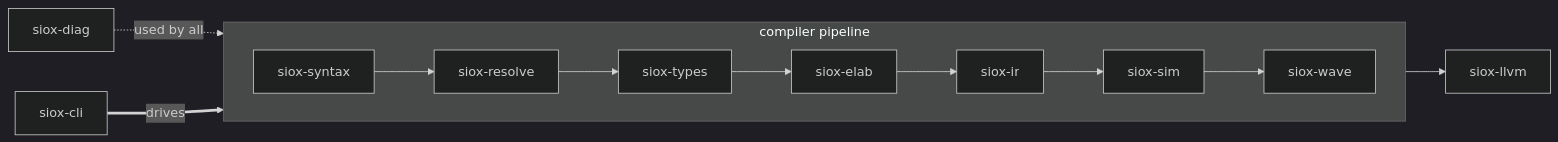
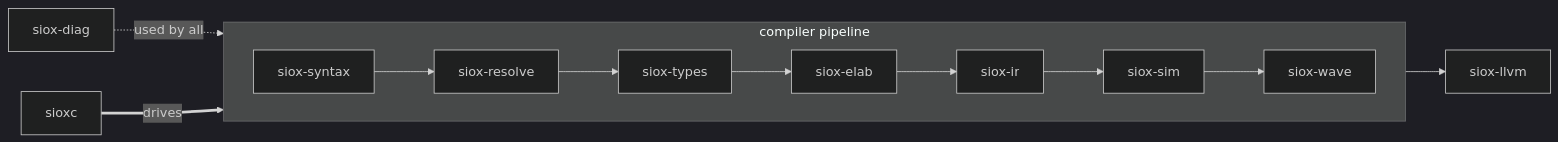
Before and after one commit to Siox-lang/sioxc: the first of 2 diagrams in docs/architecture.md, drawn with Mermaid (dark theme). The commit also changed other lines of this file and 8 other files, not shown here.

````diff
--- a/docs/architecture.md
+++ b/docs/architecture.md
@@ -8,10 +8,10 @@
 ```mermaid
 flowchart LR
     subgraph pipeline [compiler pipeline]
         direction LR
         SY[siox-syntax] --> RE[siox-resolve] --> TY[siox-types] --> EL[siox-elab] --> IR[siox-ir] --> SI[siox-sim] --> WA[siox-wave]
     end
     IR --> LL[siox-llvm]
     DIAG[siox-diag] -. used by all .-> pipeline
-    CLI[siox-cli] == drives ==> pipeline
+    CLI[sioxc] == drives ==> pipeline
 ```
````
